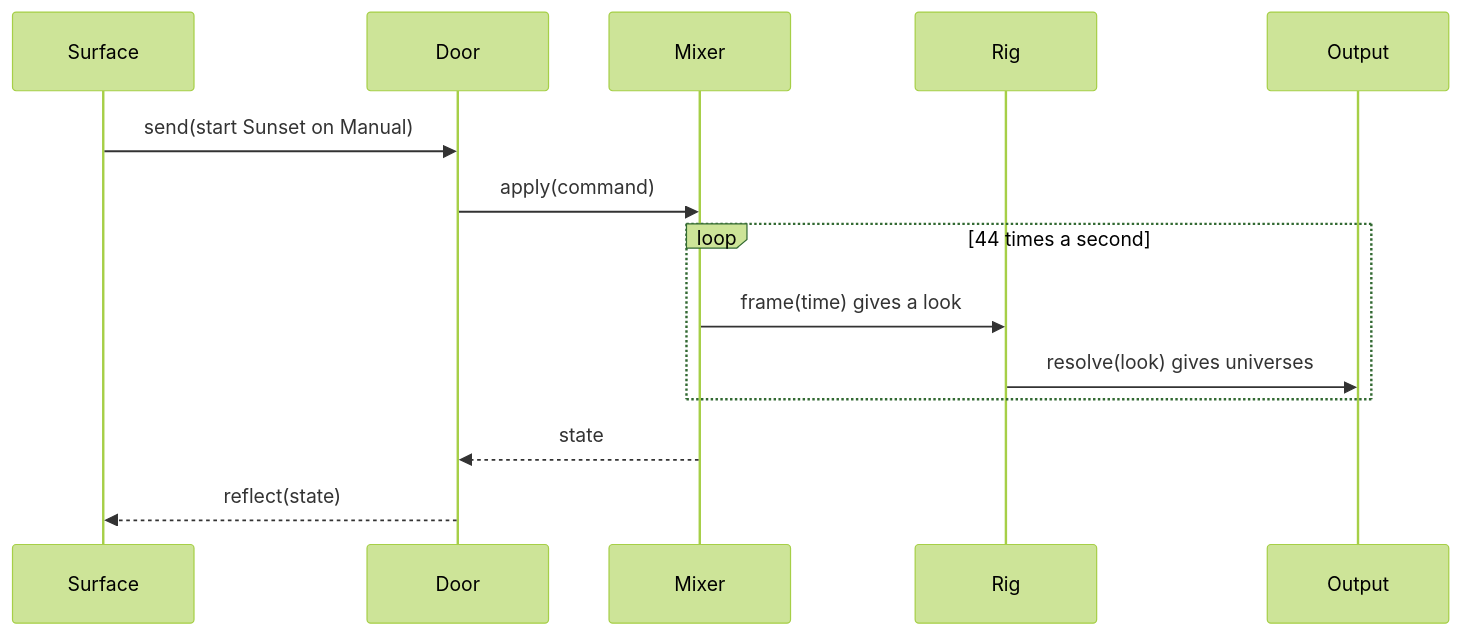
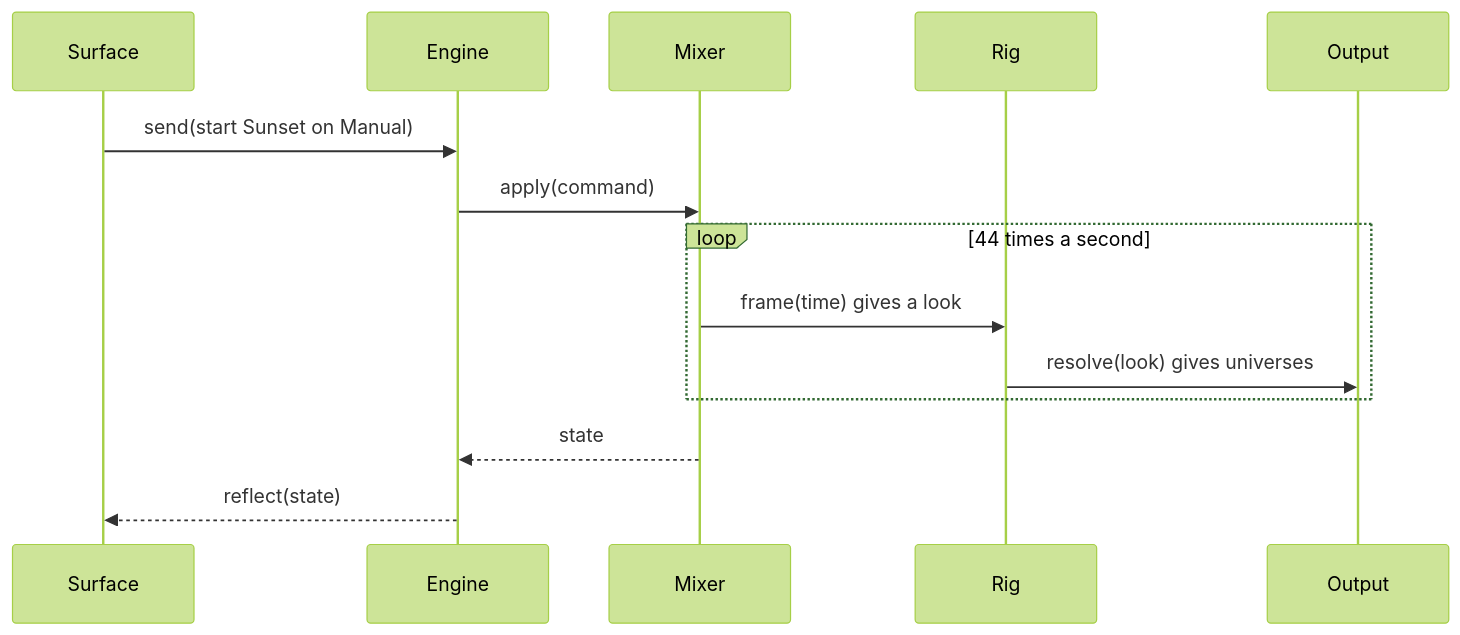
Before and after one commit to abossard/bossylights: the third of 4 diagrams in docs/design/modules.md, drawn with Mermaid (forest theme). The commit also changed other lines of this file and 3 other files, not shown here.

Commit message:
docs: the module Door is now called Engine

````diff
--- a/docs/design/modules.md
+++ b/docs/design/modules.md
@@ -99,16 +99,16 @@
 ```mermaid
 sequenceDiagram
   participant S as Surface
-  participant D as Door
+  participant D as Engine
   participant M as Mixer
   participant R as Rig
   participant O as Output
   S->>D: send(start Sunset on Manual)
   D->>M: apply(command)
   loop 44 times a second
     M->>R: frame(time) gives a look
     R->>O: resolve(look) gives universes
   end
   M-->>D: state
   D-->>S: reflect(state)
 ```
````
